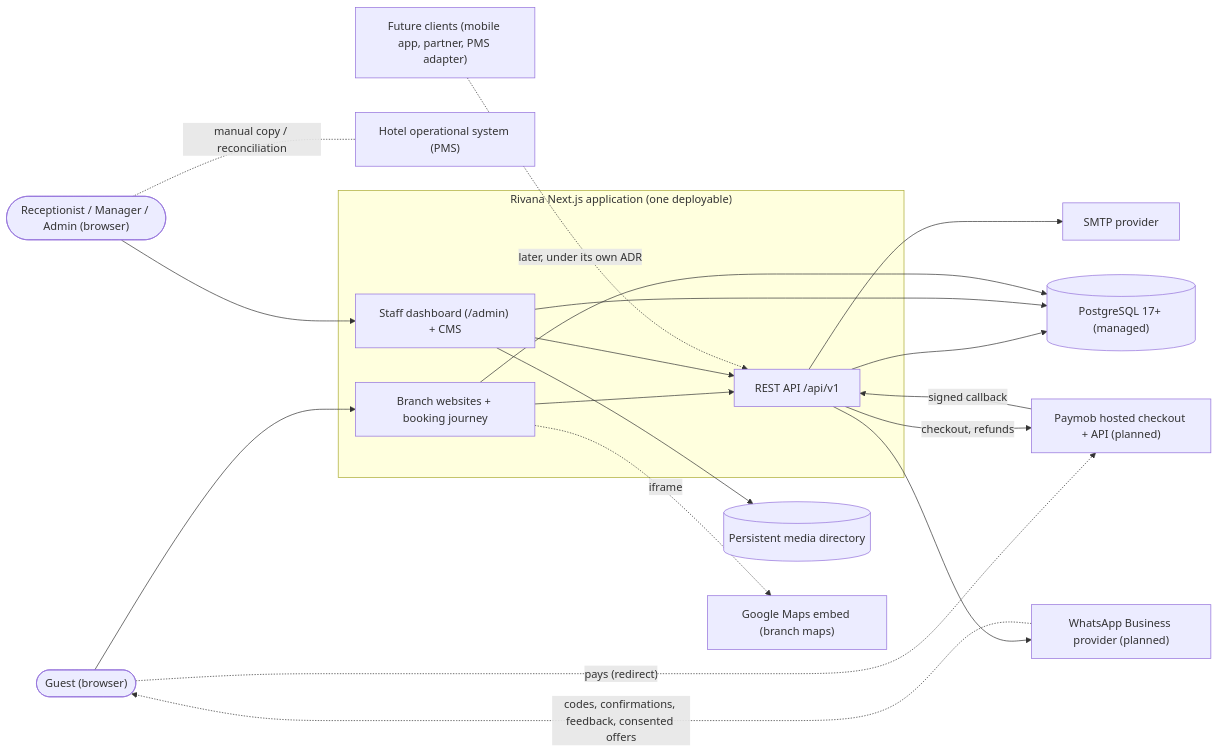
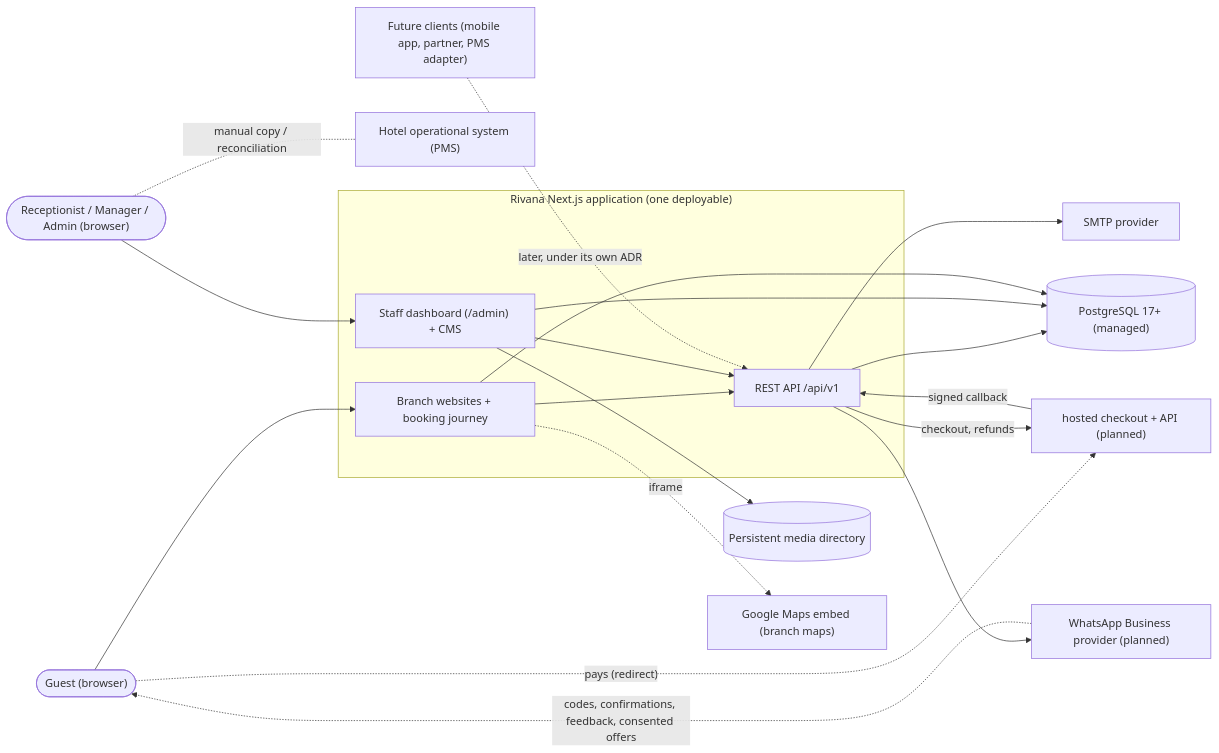
Before and after one commit to mohamedmosilhy/Rivana-Residence: the first of 4 diagrams in docs/architecture/overview.md, drawn with Mermaid. The commit also changed other lines of this file and 44 other files, not shown here.

````diff
--- a/docs/architecture/overview.md
+++ b/docs/architecture/overview.md
@@ -11,34 +11,34 @@
 ```mermaid
 flowchart LR
   Guest(["Guest (browser)"])
   Staff(["Receptionist / Manager / Admin (browser)"])
   subgraph Rivana["Rivana Next.js application (one deployable)"]
     Site["Branch websites + booking journey"]
     Admin["Staff dashboard (/admin) + CMS"]
     API["REST API /api/v1"]
   end
   DB[("PostgreSQL 17+ (managed)")]
   Media[("Persistent media directory")]
   SMTP["SMTP provider"]
   WA["WhatsApp Business provider (planned)"]
-  PSP["Paymob hosted checkout + API (planned)"]
+  PSP["hosted checkout + API (planned)"]
   Maps["Google Maps embed (branch maps)"]
   PMS["Hotel operational system (PMS)"]
   Future["Future clients (mobile app, partner, PMS adapter)"]
 
   Guest --> Site --> API
   Staff --> Admin --> API
   API --> DB
   Admin --> DB
   Site --> DB
   Admin --> Media
   API --> SMTP
   API --> WA
   WA -. "codes, confirmations, feedback, consented offers" .-> Guest
   Guest -. "pays (redirect)" .-> PSP
   PSP -- "signed callback" --> API
   API -- "checkout, refunds" --> PSP
   Site -. "iframe" .-> Maps
   Staff -. "manual copy / reconciliation" .- PMS
   Future -. "later, under its own ADR" .-> API
 ```
````
